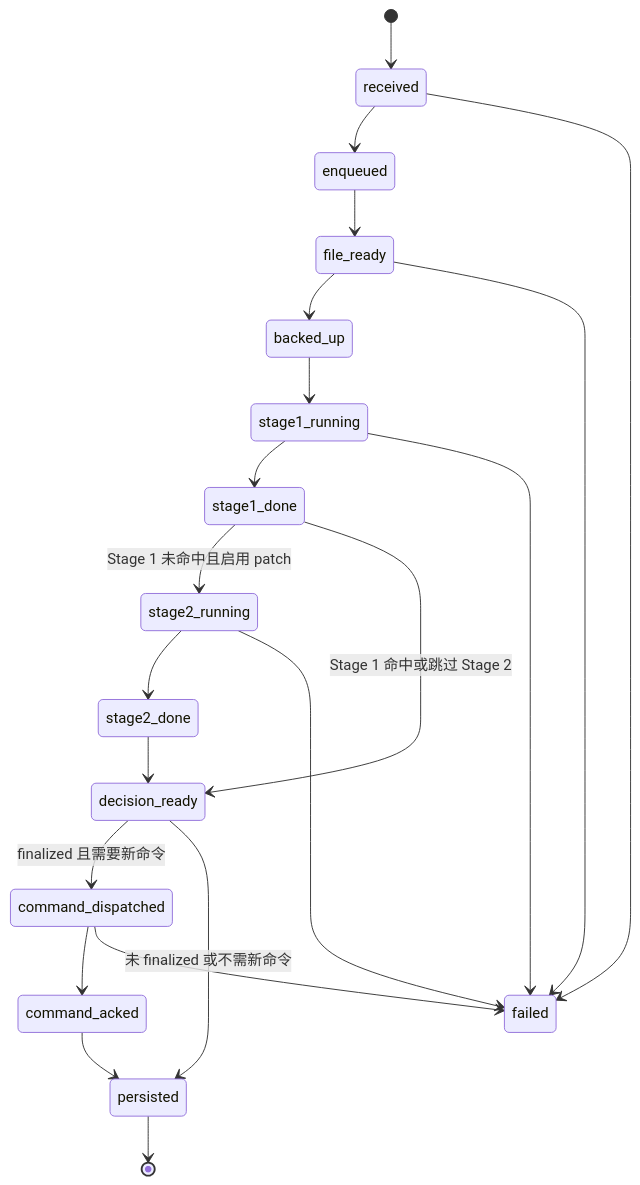
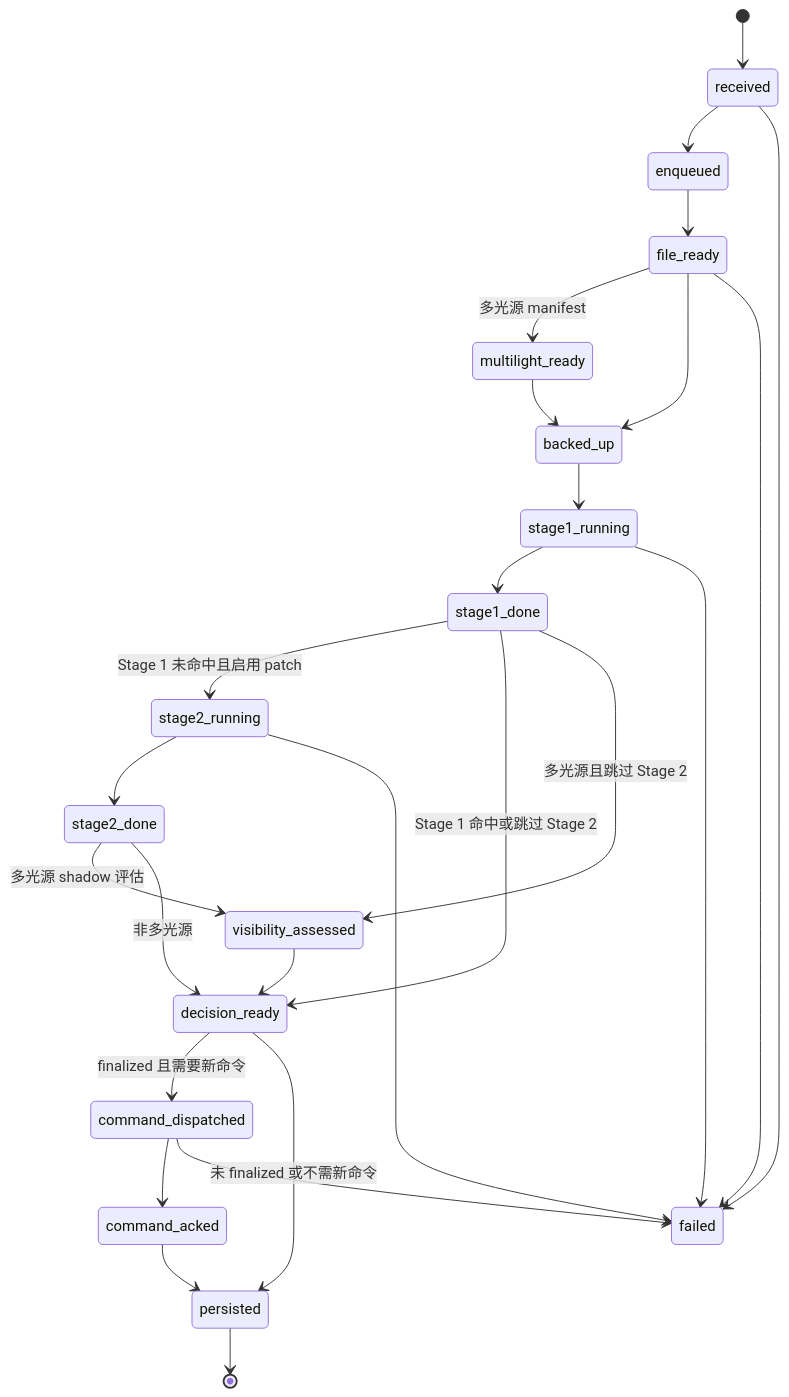
The diagram in docs/architecture/state-model.md (MzKyle/Defect-detection-of-water-sampling-bags), drawn with Mermaid before and after one commit. The commit also changed other lines of this file and 43 other files, not shown here.

````diff
--- a/docs/architecture/state-model.md
+++ b/docs/architecture/state-model.md
@@ -25,23 +27,28 @@
 ```mermaid
 stateDiagram-v2
     [*] --> received
     received --> enqueued
     enqueued --> file_ready
+    file_ready --> multilight_ready: 多光源 manifest
     file_ready --> backed_up
+    multilight_ready --> backed_up
     backed_up --> stage1_running
     stage1_running --> stage1_done
     stage1_done --> stage2_running: Stage 1 未命中且启用 patch
     stage2_running --> stage2_done
     stage1_done --> decision_ready: Stage 1 命中或跳过 Stage 2
-    stage2_done --> decision_ready
+    stage2_done --> visibility_assessed: 多光源 shadow 评估
+    stage1_done --> visibility_assessed: 多光源且跳过 Stage 2
+    visibility_assessed --> decision_ready
+    stage2_done --> decision_ready: 非多光源
     decision_ready --> command_dispatched: finalized 且需要新命令
     command_dispatched --> command_acked
     decision_ready --> persisted: 未 finalized 或不需新命令
     command_acked --> persisted
     persisted --> [*]
     received --> failed
     file_ready --> failed
     stage1_running --> failed
     stage2_running --> failed
     command_dispatched --> failed
 ```
````
